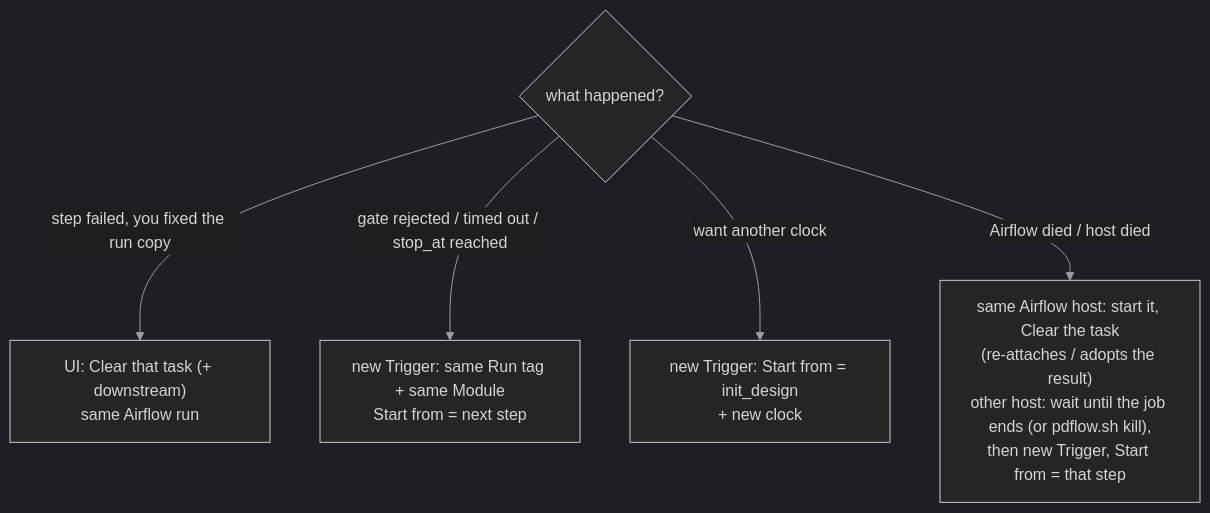
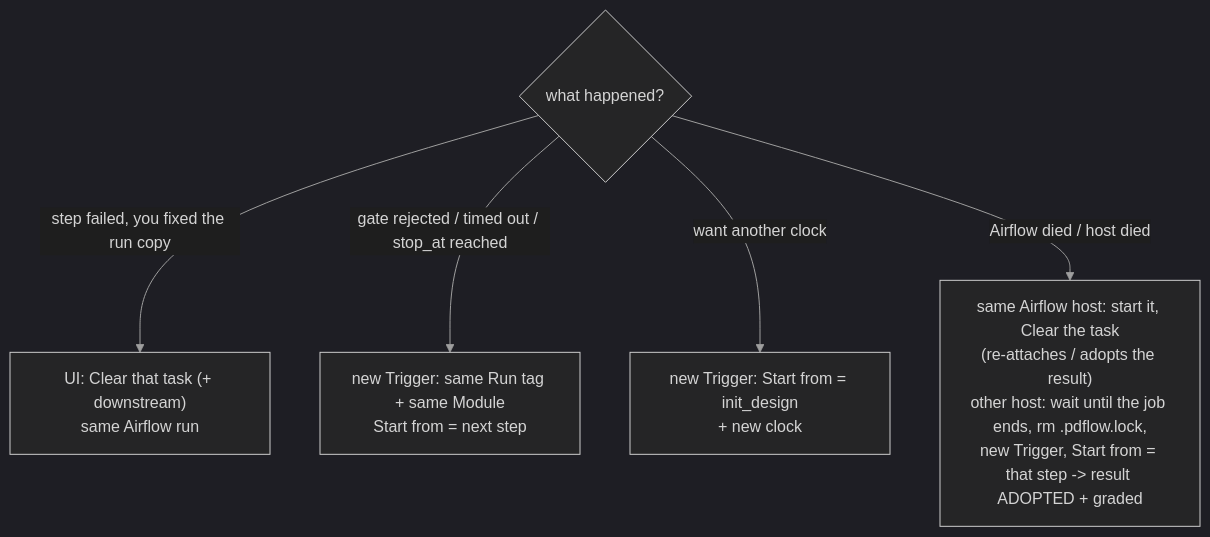
The seventh of 7 diagrams in FLOW.md (jayadityasingh9/pd_flow_airflow), drawn with Mermaid before and after one commit. The commit also changed other lines of this file and 17 other files, not shown here.

````diff
--- a/FLOW.md
+++ b/FLOW.md
@@ -350,9 +350,9 @@
 ```mermaid
 %%{init: {'theme': 'dark', 'themeVariables': {'background': '#1e1e1e', 'mainBkg': '#252526', 'primaryColor': '#2d2d30', 'primaryTextColor': '#d4d4d4', 'primaryBorderColor': '#6e6e6e', 'secondaryColor': '#2d2d30', 'tertiaryColor': '#1e1e1e', 'lineColor': '#9e9e9e', 'textColor': '#d4d4d4', 'clusterBkg': '#252526', 'clusterBorder': '#555555', 'edgeLabelBackground': '#1e1e1e', 'noteBkgColor': '#3a3d41', 'noteTextColor': '#d4d4d4', 'noteBorderColor': '#6e6e6e', 'actorBkg': '#2d2d30', 'actorBorder': '#6e6e6e', 'actorTextColor': '#d4d4d4', 'signalColor': '#d4d4d4', 'signalTextColor': '#d4d4d4', 'labelBoxBkgColor': '#2d2d30', 'labelTextColor': '#d4d4d4', 'loopTextColor': '#d4d4d4', 'activationBkgColor': '#3a3d41', 'fontFamily': 'Segoe UI, Ubuntu, sans-serif'}}}%%
 flowchart TD
     Q{"what happened?"}
     Q -- "step failed, you fixed the run copy" --> A1["UI: Clear that task (+ downstream)<br/>same Airflow run"]
     Q -- "gate rejected / timed out / stop_at reached" --> A2["new Trigger: same Run tag + same Module<br/>Start from = next step"]
     Q -- "want another clock" --> A3["new Trigger: Start from = init_design<br/>+ new clock"]
-    Q -- "Airflow died / host died" --> A4["same Airflow host: start it, Clear the task<br/>(re-attaches / adopts the result)<br/>other host: wait until the job ends (or pdflow.sh kill),<br/>then new Trigger, Start from = that step"]
+    Q -- "Airflow died / host died" --> A4["same Airflow host: start it, Clear the task<br/>(re-attaches / adopts the result)<br/>other host: wait until the job ends, rm .pdflow.lock,<br/>new Trigger, Start from = that step -> result ADOPTED + graded"]
 ```
````
